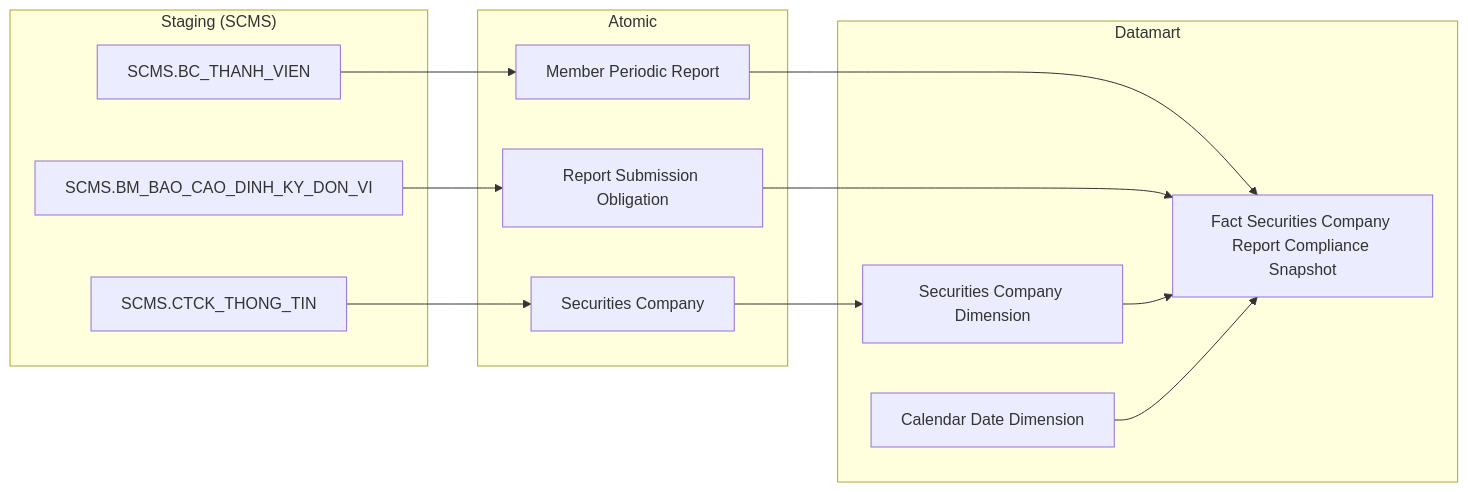
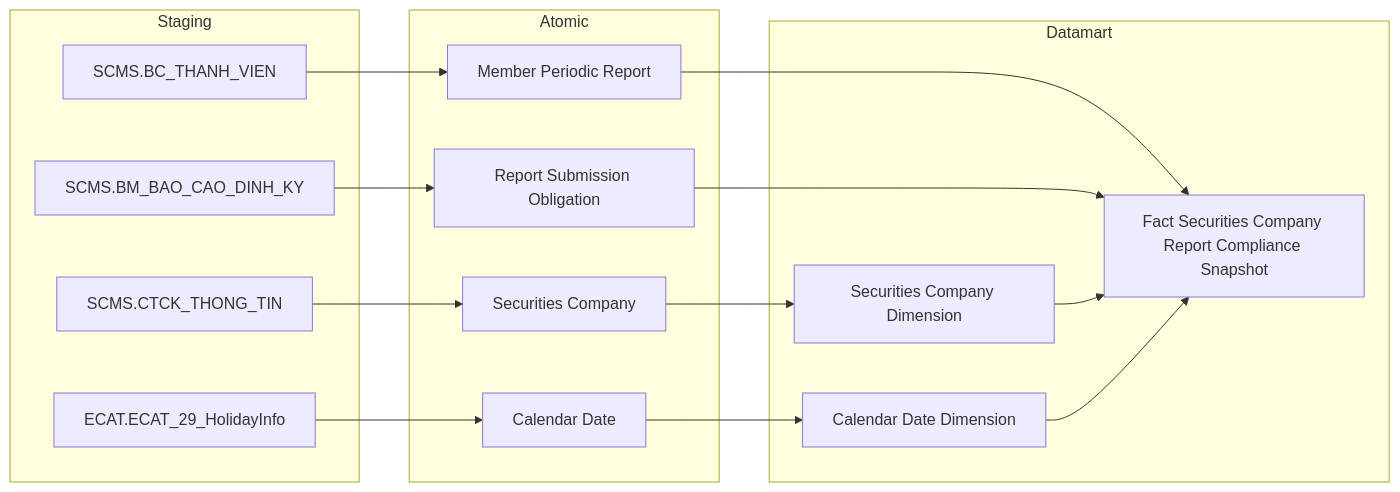
Before and after one commit to linhlvit/ubck_atomic_design: the ninth of 40 diagrams in Datamart/hld/DTM_QLKD_HLD.md, drawn with Mermaid. The commit also changed other lines of this file and 7 other files, not shown here.

````diff
--- a/Datamart/hld/DTM_QLKD_HLD.md
+++ b/Datamart/hld/DTM_QLKD_HLD.md
@@ -314,31 +340,35 @@
 ```mermaid
 flowchart LR
-    subgraph SRC["Staging (SCMS)"]
+    subgraph SRC["Staging"]
         S1["SCMS.BC_THANH_VIEN"]
         S2["SCMS.CTCK_THONG_TIN"]
-        S3["SCMS.BM_BAO_CAO_DINH_KY_DON_VI"]
+        S3["SCMS.BM_BAO_CAO_DINH_KY"]
+        ECAT_ECAT_29_HolidayInfo["ECAT.ECAT_29_HolidayInfo"]
     end
 
     subgraph SIL["Atomic"]
         SV1["Member Periodic Report"]
         SV2["Securities Company"]
         SV3["Report Submission Obligation"]
+        Calendar_Date["Calendar Date"]
     end
 
     subgraph Datamart["Datamart"]
         G1["Fact Securities Company Report Compliance Snapshot"]
         G2["Securities Company Dimension"]
         G3["Calendar Date Dimension"]
     end
 
     S1 --> SV1
     S2 --> SV2
     S3 --> SV3
+    ECAT_ECAT_29_HolidayInfo --> Calendar_Date
 
     SV1 --> G1
     SV3 --> G1
     SV2 --> G2
+    Calendar_Date --> G3
 
     G2 --> G1
     G3 --> G1
 ```
````
